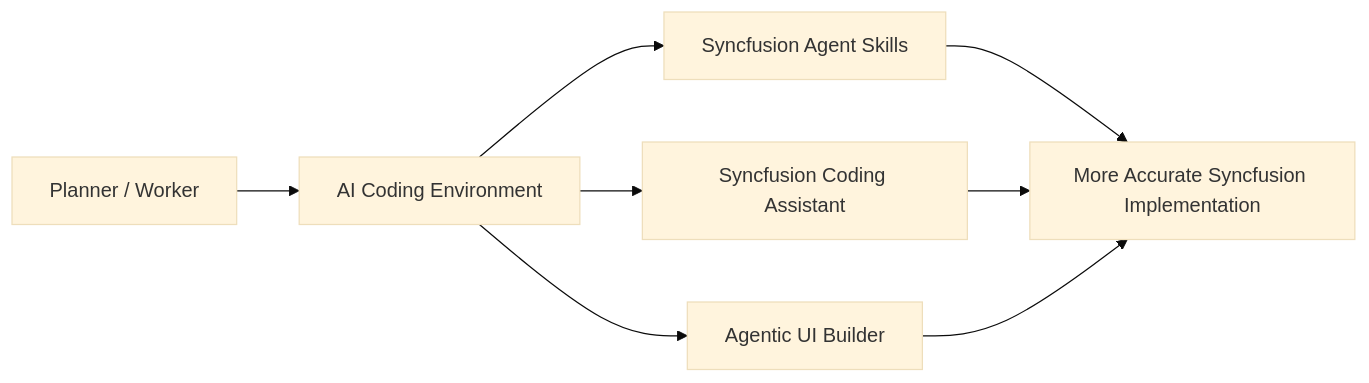
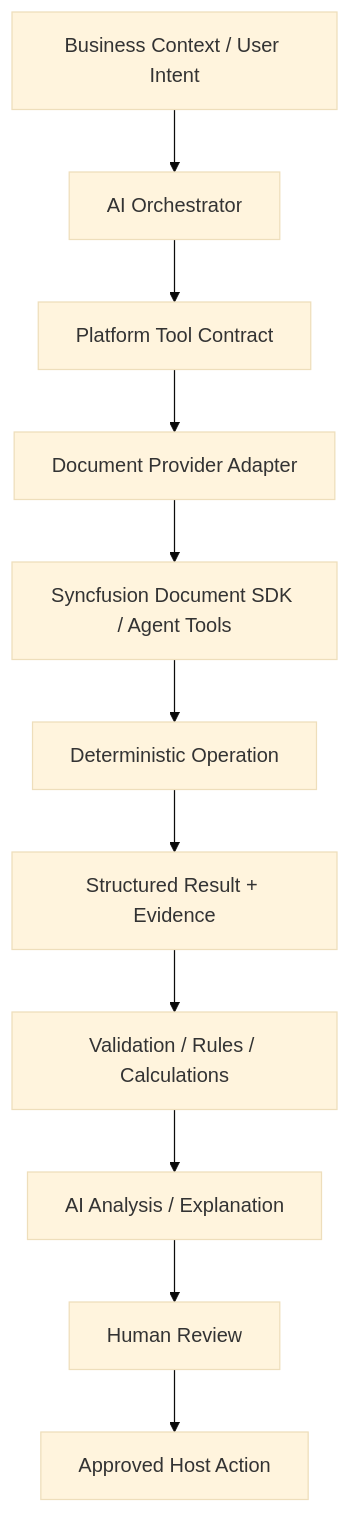
Before and after one commit to Milancho/ai-engineering-playbook: the fourth of 5 diagrams in docs/research/Syncfusion-AI-Tools.md, drawn with Mermaid (base theme). The commit also changed other lines of this file, not shown here.

Commit message:
docs: consolidate Syncfusion Document Solutions findings

````diff
--- a/docs/research/Syncfusion-AI-Tools.md
+++ b/docs/research/Syncfusion-AI-Tools.md
@@ -47,10 +108,13 @@
 ```mermaid
-flowchart LR
-    A[Planner / Worker] --> B[AI Coding Environment]
-    B --> C[Syncfusion Agent Skills]
-    B --> D[Syncfusion Coding Assistant]
-    B --> E[Agentic UI Builder]
-    C --> F[More Accurate Syncfusion Implementation]
-    D --> F
-    E --> F
+flowchart TD
+    A[Business Context / User Intent] --> B[AI Orchestrator]
+    B --> C[Platform Tool Contract]
+    C --> D[Document Provider Adapter]
+    D --> E[Syncfusion Document SDK / Agent Tools]
+    E --> F[Deterministic Operation]
+    F --> G[Structured Result + Evidence]
+    G --> H[Validation / Rules / Calculations]
+    H --> I[AI Analysis / Explanation]
+    I --> J[Human Review]
+    J --> K[Approved Host Action]
 ```
````
